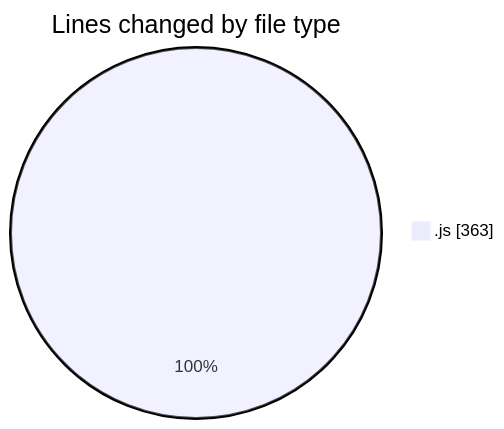
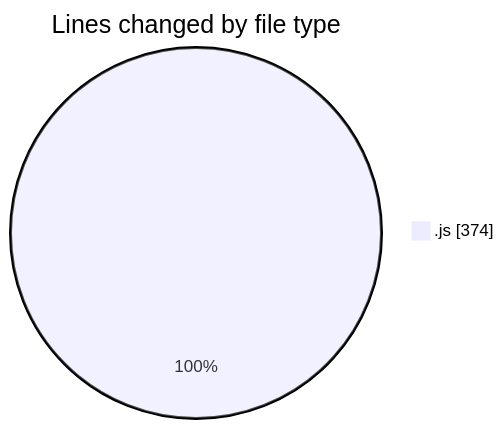
One commit to BS-eng2023/code-tracking changed the first of 2 diagrams in 2025-03-27/vms-with-backend/README.md. Above: the diagram before and after it, drawn with Mermaid. The commit also changed other lines of this file and 1 other file, not shown here.

````diff
--- a/2025-03-27/vms-with-backend/README.md
+++ b/2025-03-27/vms-with-backend/README.md
@@ -25,5 +25,5 @@
 ```mermaid
 pie showData
 title Lines changed by file type
-".js" : 363
+".js" : 374
 ```
````
